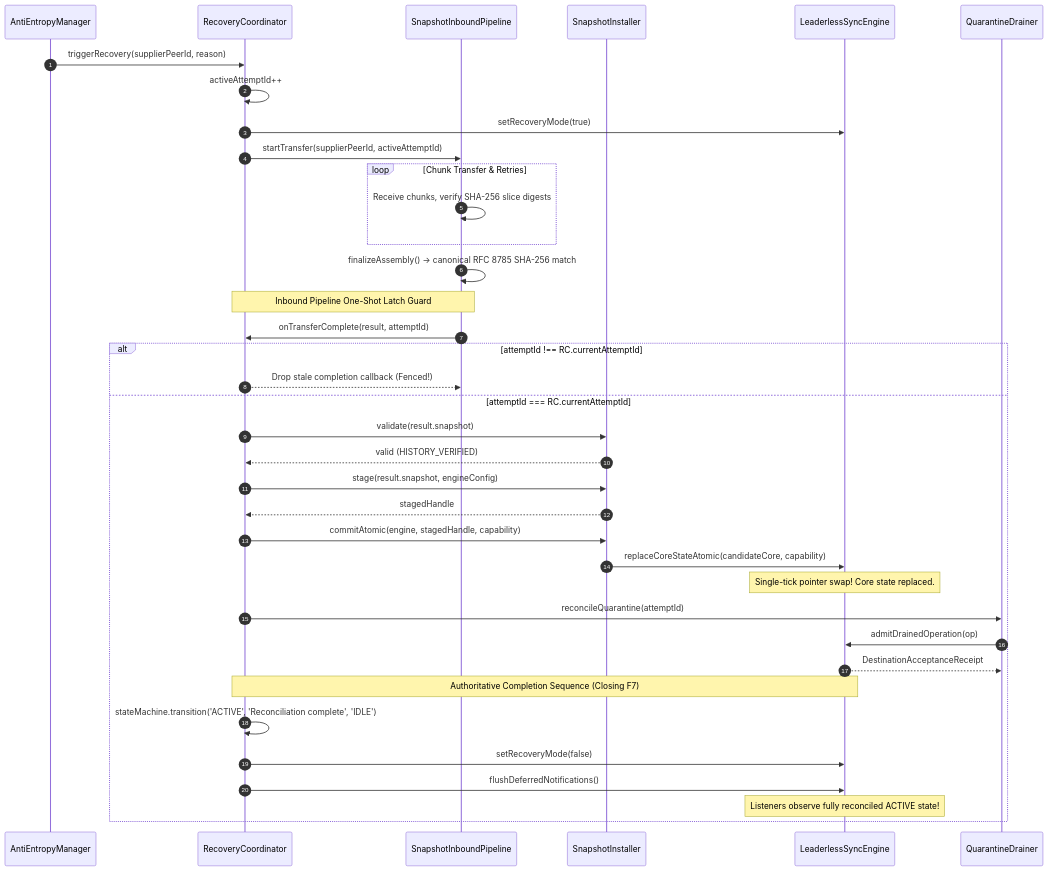
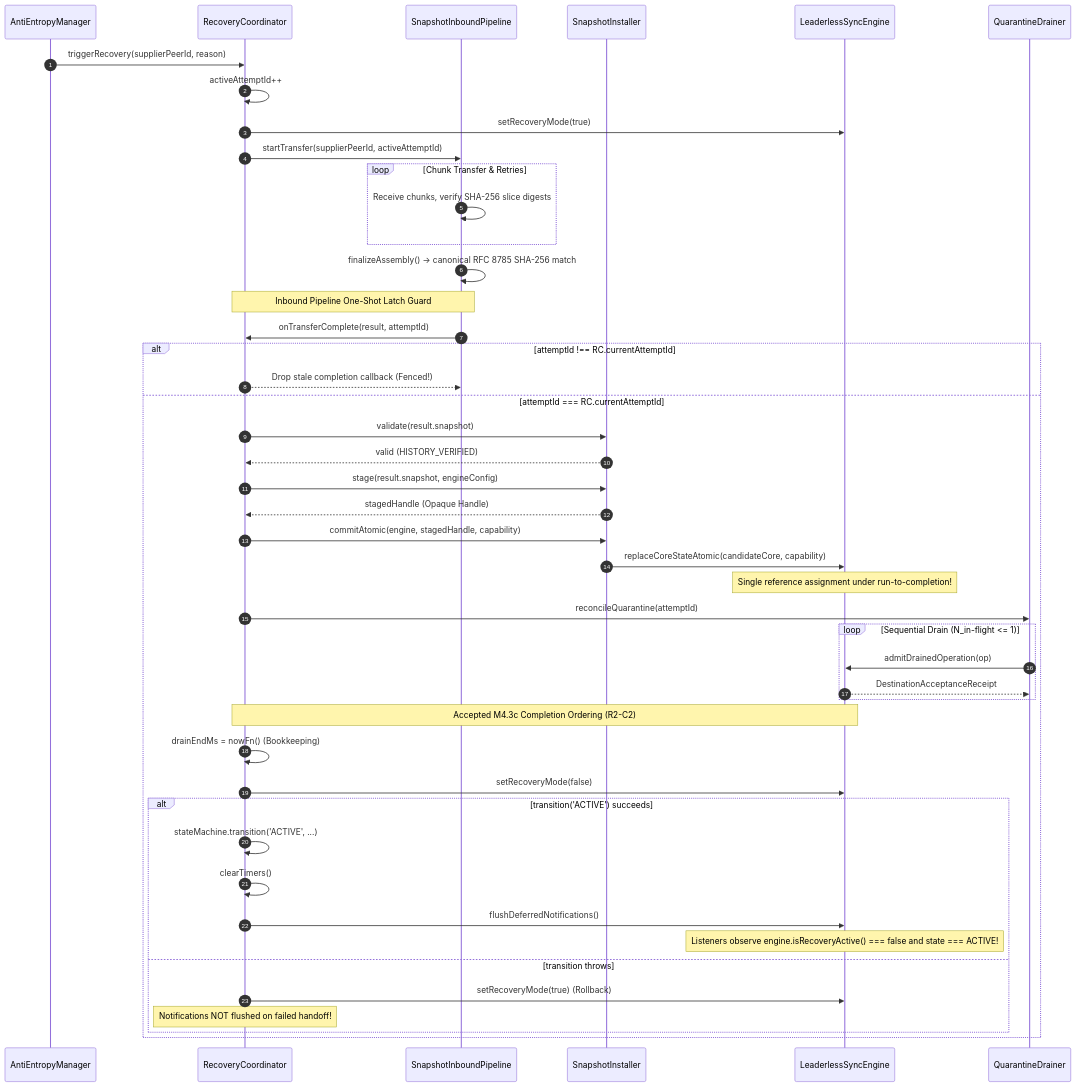
Before and after one commit to Tejdeepakchandra/SyncPlay_Protocol: the second of 2 diagrams in docs/PHASE7_5_M5_ARCHITECTURE.md, drawn with Mermaid. The commit also changed other lines of this file and 5 other files, not shown here.

Commit message:
docs(phase-7.5-m5): resolve architectural consistency findings (m5.0-r2)

````diff
--- a/docs/PHASE7_5_M5_ARCHITECTURE.md
+++ b/docs/PHASE7_5_M5_ARCHITECTURE.md
@@ -203,45 +220,54 @@
 ```mermaid
 sequenceDiagram
     autonumber
     participant AEM as AntiEntropyManager
     participant RC as RecoveryCoordinator
     participant SIP as SnapshotInboundPipeline
     participant SI as SnapshotInstaller
     participant LSE as LeaderlessSyncEngine
     participant QD as QuarantineDrainer
 
     AEM->>RC: triggerRecovery(supplierPeerId, reason)
     RC->>RC: activeAttemptId++
     RC->>LSE: setRecoveryMode(true)
     RC->>SIP: startTransfer(supplierPeerId, activeAttemptId)
     
     loop Chunk Transfer & Retries
         SIP->>SIP: Receive chunks, verify SHA-256 slice digests
     end
     
     SIP->>SIP: finalizeAssembly() -> canonical RFC 8785 SHA-256 match
     Note over SIP,RC: Inbound Pipeline One-Shot Latch Guard
     SIP->>RC: onTransferComplete(result, attemptId)
     
     alt attemptId !== RC.currentAttemptId
         RC-->>SIP: Drop stale completion callback (Fenced!)
     else attemptId === RC.currentAttemptId
         RC->>SI: validate(result.snapshot)
         SI-->>RC: valid (HISTORY_VERIFIED)
         RC->>SI: stage(result.snapshot, engineConfig)
-        SI-->>RC: stagedHandle
+        SI-->>RC: stagedHandle (Opaque Handle)
         RC->>SI: commitAtomic(engine, stagedHandle, capability)
         SI->>LSE: replaceCoreStateAtomic(candidateCore, capability)
-        Note over LSE: Single-tick pointer swap! Core state replaced.
+        Note over LSE: Single reference assignment under run-to-completion!
         
         RC->>QD: reconcileQuarantine(attemptId)
-        QD->>LSE: admitDrainedOperation(op)
-        LSE-->>QD: DestinationAcceptanceReceipt
+        loop Sequential Drain (N_in-flight <= 1)
+            QD->>LSE: admitDrainedOperation(op)
+            LSE-->>QD: DestinationAcceptanceReceipt
+        end
         
-        Note over RC,LSE: Authoritative Completion Sequence (Closing F7)
-        RC->>RC: stateMachine.transition('ACTIVE', 'Reconciliation complete', 'IDLE')
+        Note over RC,LSE: Accepted M4.3c Completion Ordering (R2-C2)
+        RC->>RC: drainEndMs = nowFn() (Bookkeeping)
         RC->>LSE: setRecoveryMode(false)
-        RC->>LSE: flushDeferredNotifications()
-        Note over LSE: Listeners observe fully reconciled ACTIVE state!
+        alt transition('ACTIVE') succeeds
+            RC->>RC: stateMachine.transition('ACTIVE', ...)
+            RC->>RC: clearTimers()
+            RC->>LSE: flushDeferredNotifications()
+            Note over LSE: Listeners observe engine.isRecoveryActive() === false and state === ACTIVE!
+        else transition throws
+            RC->>LSE: setRecoveryMode(true) (Rollback)
+            Note over RC: Notifications NOT flushed on failed handoff!
+        end
     end
 ```
````
